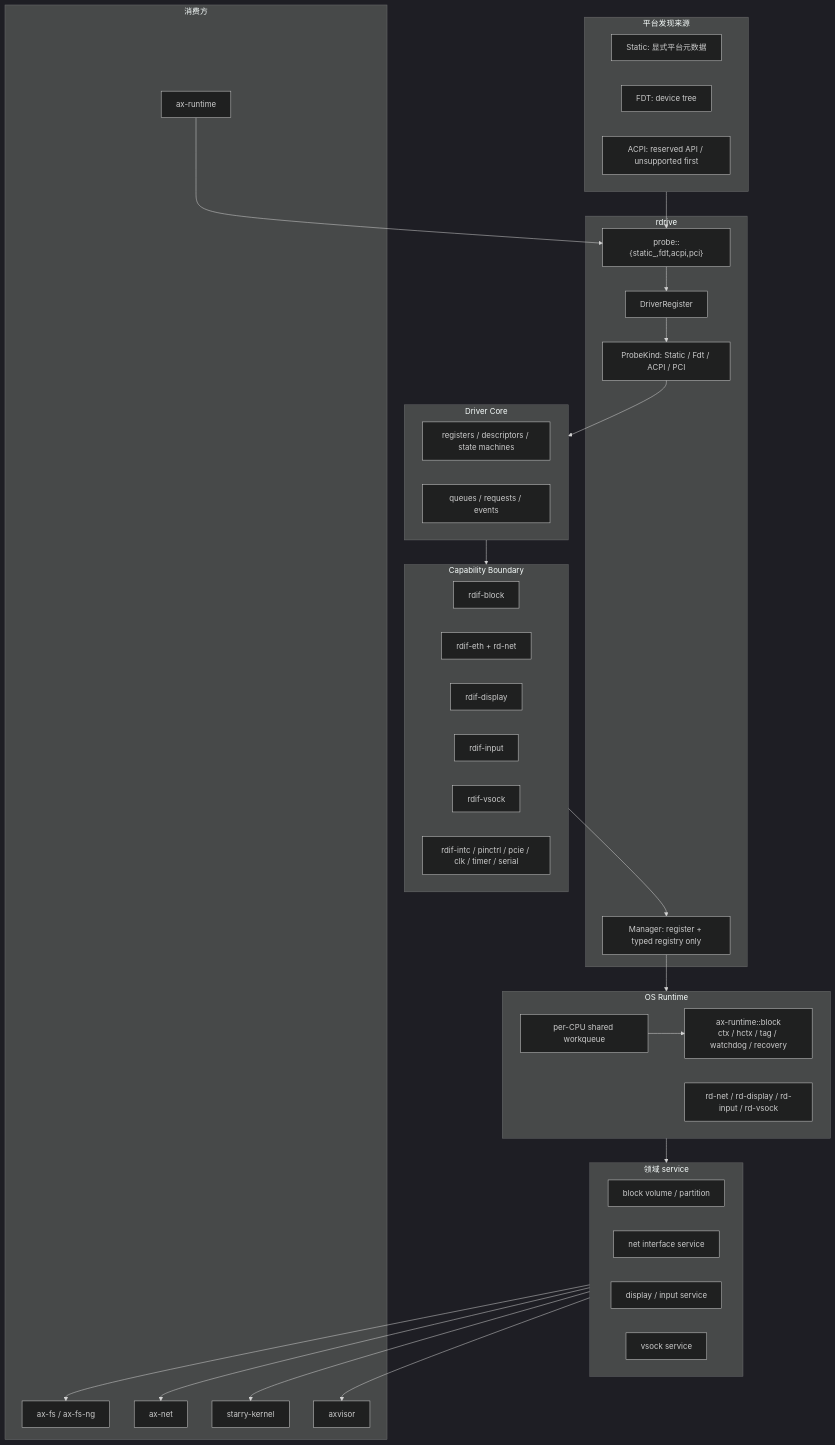
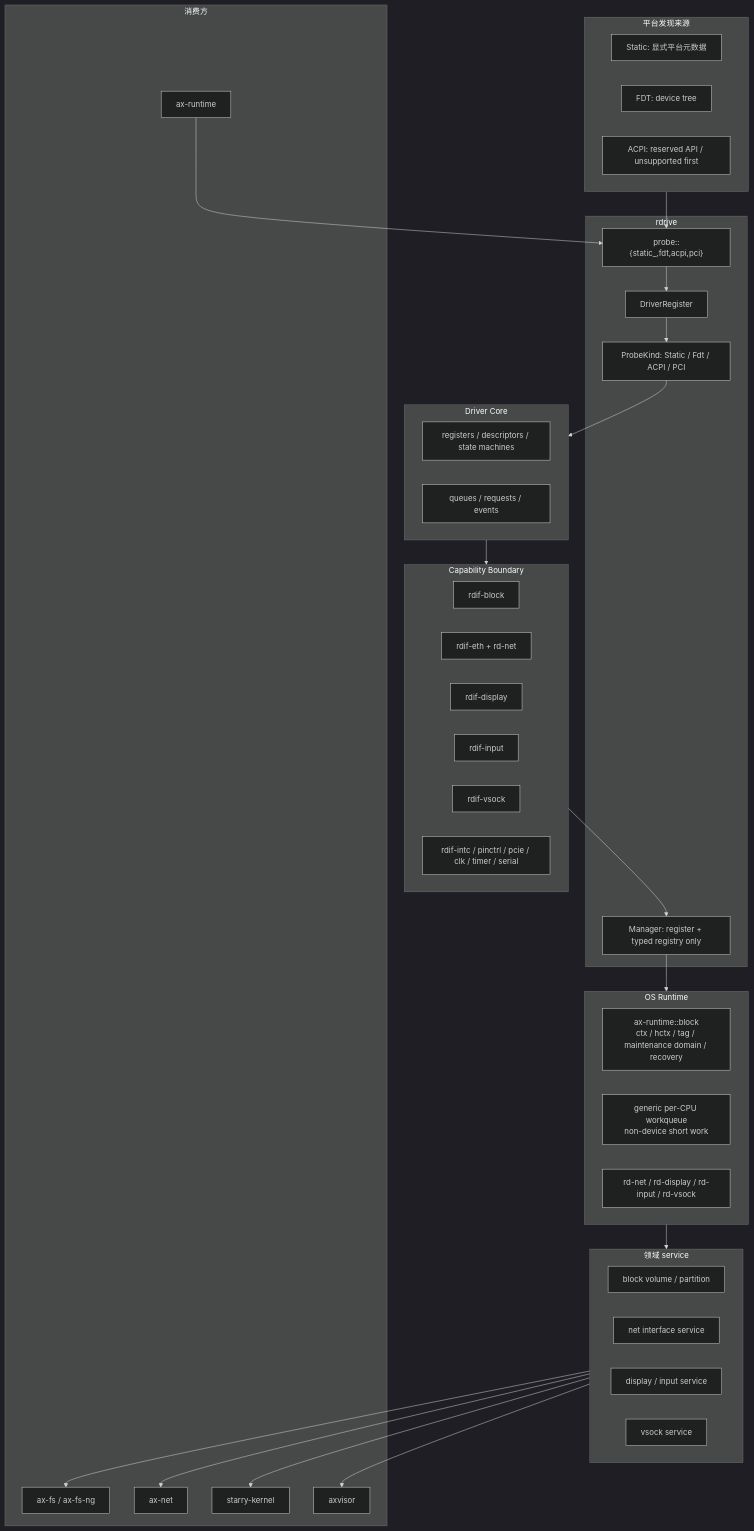
One commit to rcore-os/tgoskits changed the diagram in docs/docs/architecture/driver/architecture.md. Above: the diagram before and after it, drawn with Mermaid (dark theme). The commit also changed other lines of this file and 231 other files, not shown here.

````diff
--- a/docs/docs/architecture/driver/architecture.md
+++ b/docs/docs/architecture/driver/architecture.md
@@ -12,65 +12,64 @@
 ```mermaid
 flowchart TB
     subgraph Sources["平台发现来源"]
         Static["Static: 显式平台元数据"]
         Fdt["FDT: device tree"]
         Acpi["ACPI: reserved API / unsupported first"]
     end
 
     subgraph Rdrive["rdrive"]
         Manager["Manager: register + typed registry only"]
         Register["DriverRegister"]
         Kind["ProbeKind: Static / Fdt / ACPI / PCI"]
         Backends["probe::{static_,fdt,acpi,pci}"]
     end
 
     subgraph DriverCore["Driver Core"]
         HwState["registers / descriptors / state machines"]
         Queues["queues / requests / events"]
     end
 
     subgraph Capability["Capability Boundary"]
         RdifBlock["rdif-block"]
         RdifEth["rdif-eth + rd-net"]
         RdifDisplay["rdif-display"]
         RdifInput["rdif-input"]
         RdifVsock["rdif-vsock"]
         RdifPlatform["rdif-intc / pinctrl / pcie / clk / timer / serial"]
     end
 
     subgraph OsRuntime["OS Runtime"]
-        BlockRuntime["ax-runtime::block<br/>ctx / hctx / tag / watchdog / recovery"]
-        SharedWorkers["per-CPU shared workqueue"]
+        BlockRuntime["ax-runtime::block<br/>ctx / hctx / tag / maintenance domain / recovery"]
+        SharedWorkers["generic per-CPU workqueue<br/>non-device short work"]
         OtherRuntime["rd-net / rd-display / rd-input / rd-vsock"]
     end
 
     subgraph Services["领域 service"]
         BlockVolume["block volume / partition"]
         NetService["net interface service"]
         UiService["display / input service"]
         VsockService["vsock service"]
     end
 
     subgraph Consumers["消费方"]
         Runtime["ax-runtime"]
         Fs["ax-fs / ax-fs-ng"]
         Net["ax-net"]
         Starry["starry-kernel"]
         Axvisor["axvisor"]
     end
 
     Sources --> Backends
     Backends --> Register
     Register --> Kind
     Kind --> DriverCore
     DriverCore --> Capability
     Capability --> Manager
     Runtime --> Backends
     Manager --> OsRuntime
-    SharedWorkers --> BlockRuntime
     OsRuntime --> Services
     Services --> Fs
     Services --> Net
     Services --> Starry
     Services --> Axvisor
 ```
````
